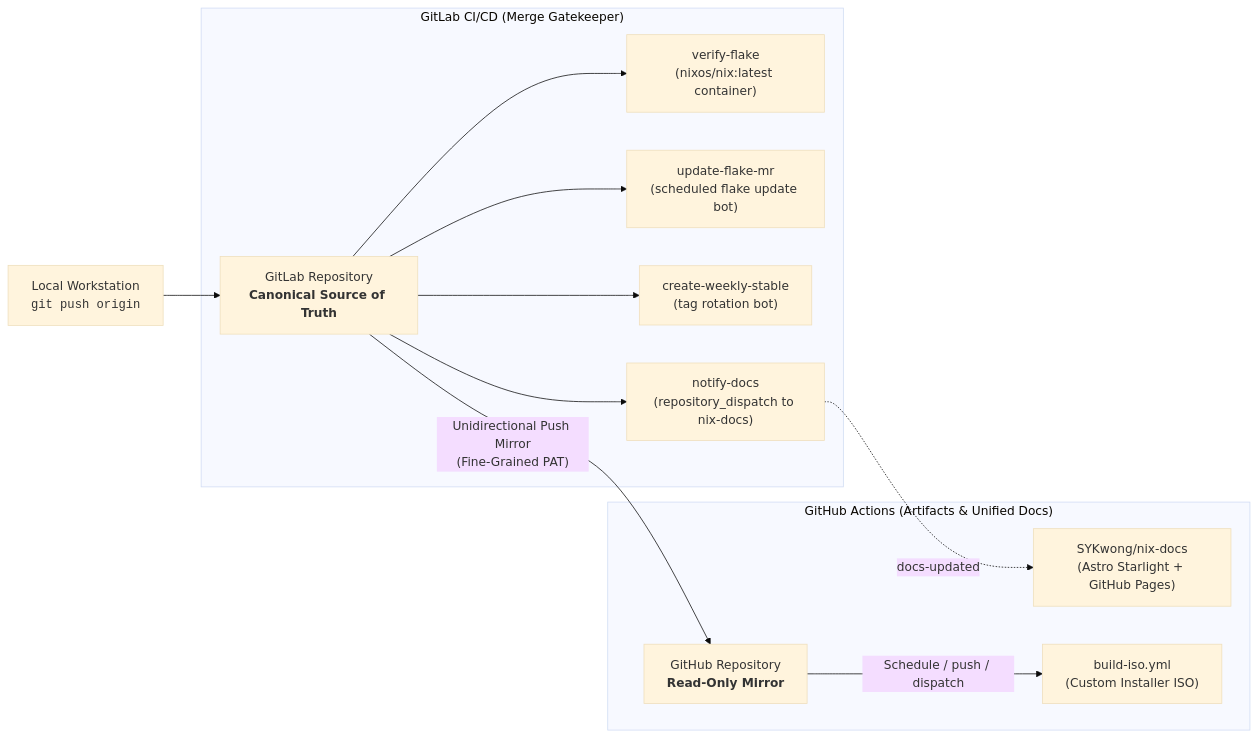
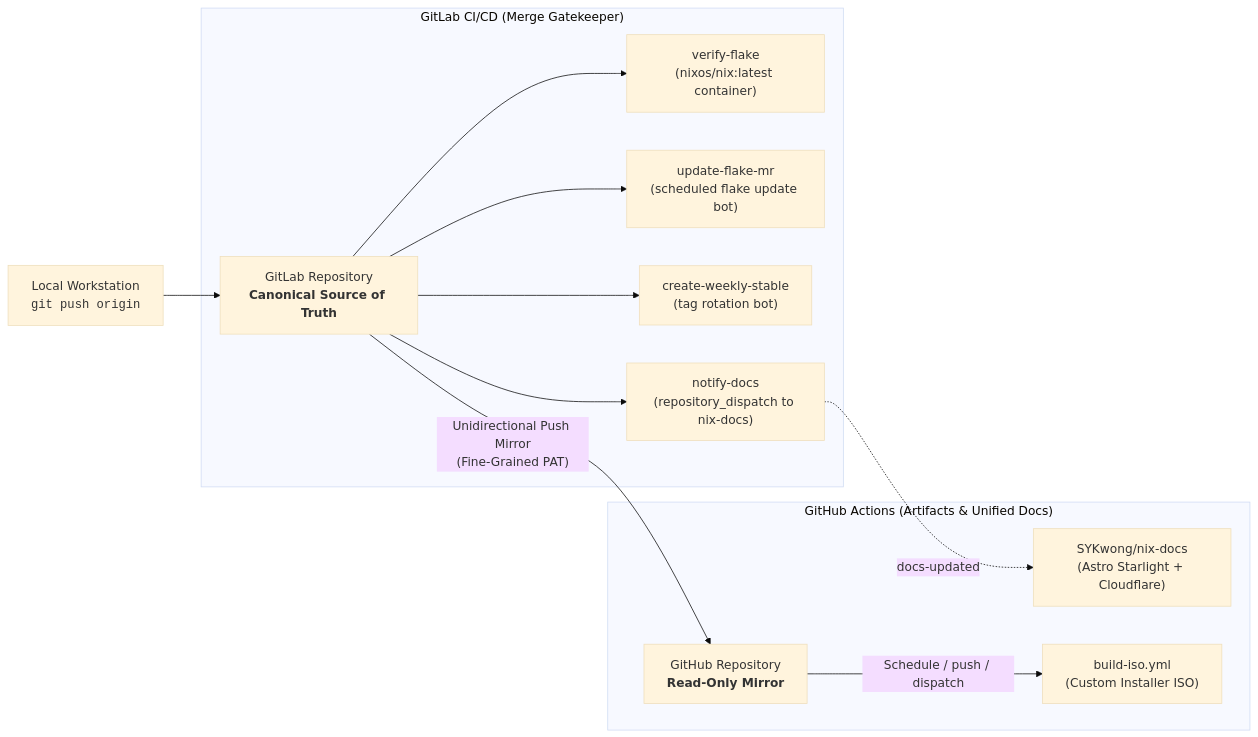
The first of 2 diagrams in src/content/docs/nix-config/split-ci.md (SYKwong/nix-docs), drawn with Mermaid (base theme) before and after one commit. The commit also changed other lines of this file and 2 other files, not shown here.

````diff
--- a/src/content/docs/nix-config/split-ci.md
+++ b/src/content/docs/nix-config/split-ci.md
@@ -18,18 +18,18 @@
 ```mermaid
 flowchart LR
     dev["Local Workstation<br/><code>git push origin</code>"] --> gitlab["GitLab Repository<br/><b>Canonical Source of Truth</b>"]
 
     subgraph gitlab_ci ["GitLab CI/CD (Merge Gatekeeper)"]
         gitlab --> test["verify-flake<br/>(nixos/nix:latest container)"]
         gitlab --> lock_bot["update-flake-mr<br/>(scheduled flake update bot)"]
         gitlab --> stable_tag["create-weekly-stable<br/>(tag rotation bot)"]
         gitlab --> notify_docs["notify-docs<br/>(repository_dispatch to nix-docs)"]
     end
 
     gitlab -- "Unidirectional Push Mirror<br/>(Fine-Grained PAT)" --> github["GitHub Repository<br/><b>Read-Only Mirror</b>"]
 
     subgraph github_actions ["GitHub Actions (Artifacts & Unified Docs)"]
-        notify_docs -. "docs-updated" .-> nix_docs["SYKwong/nix-docs<br/>(Astro Starlight + GitHub Pages)"]
+        notify_docs -. "docs-updated" .-> nix_docs["SYKwong/nix-docs<br/>(Astro Starlight + Cloudflare)"]
         github -- "Schedule / push / dispatch" --> build_iso["build-iso.yml<br/>(Custom Installer ISO)"]
     end
 ```
````
